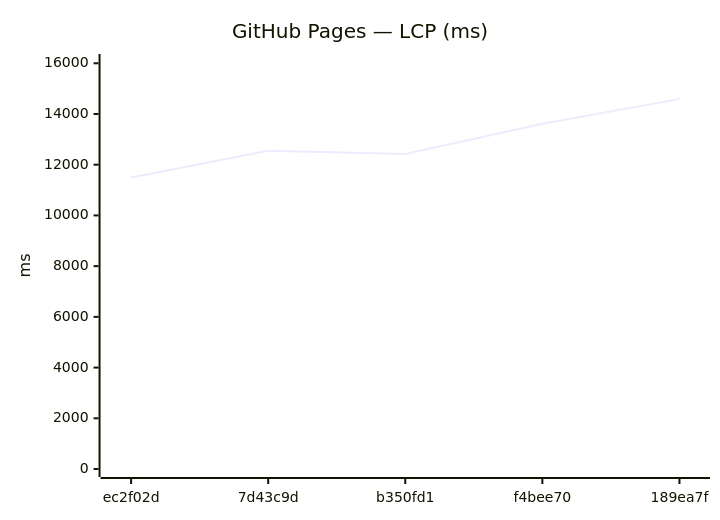
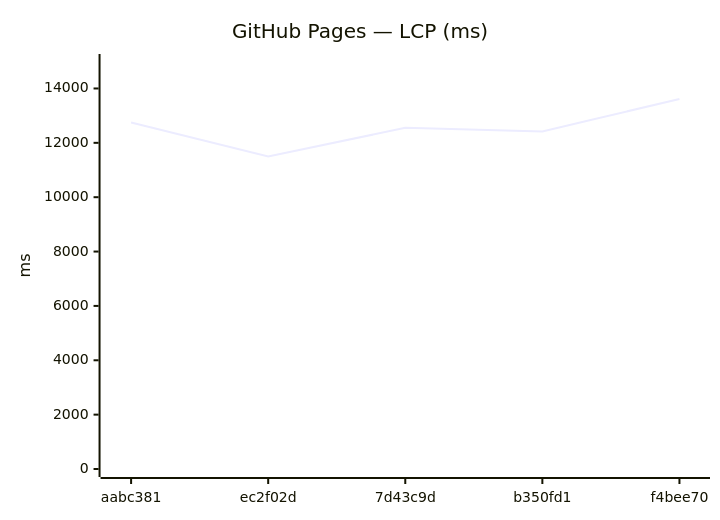
One commit to Metaheurist/Rianell changed the ninth of 18 diagrams in benchmarks/compare.md. Above: the diagram before and after it, drawn with Mermaid. The commit also changed other lines of this file and 11 other files, not shown here.

````diff
--- a/benchmarks/compare.md
+++ b/benchmarks/compare.md
@@ -142,7 +142,7 @@
 ```mermaid
 xychart-beta
     title "GitHub Pages — LCP (ms)"
-    x-axis ["ec2f02d", "7d43c9d", "b350fd1", "f4bee70", "189ea7f"]
-    y-axis "ms" 0 --> 16051
-    line [11500, 12552, 12421, 13612, 14591]
+    x-axis ["aabc381", "ec2f02d", "7d43c9d", "b350fd1", "f4bee70"]
+    y-axis "ms" 0 --> 14974
+    line [12751, 11500, 12552, 12421, 13612]
 ```
````
